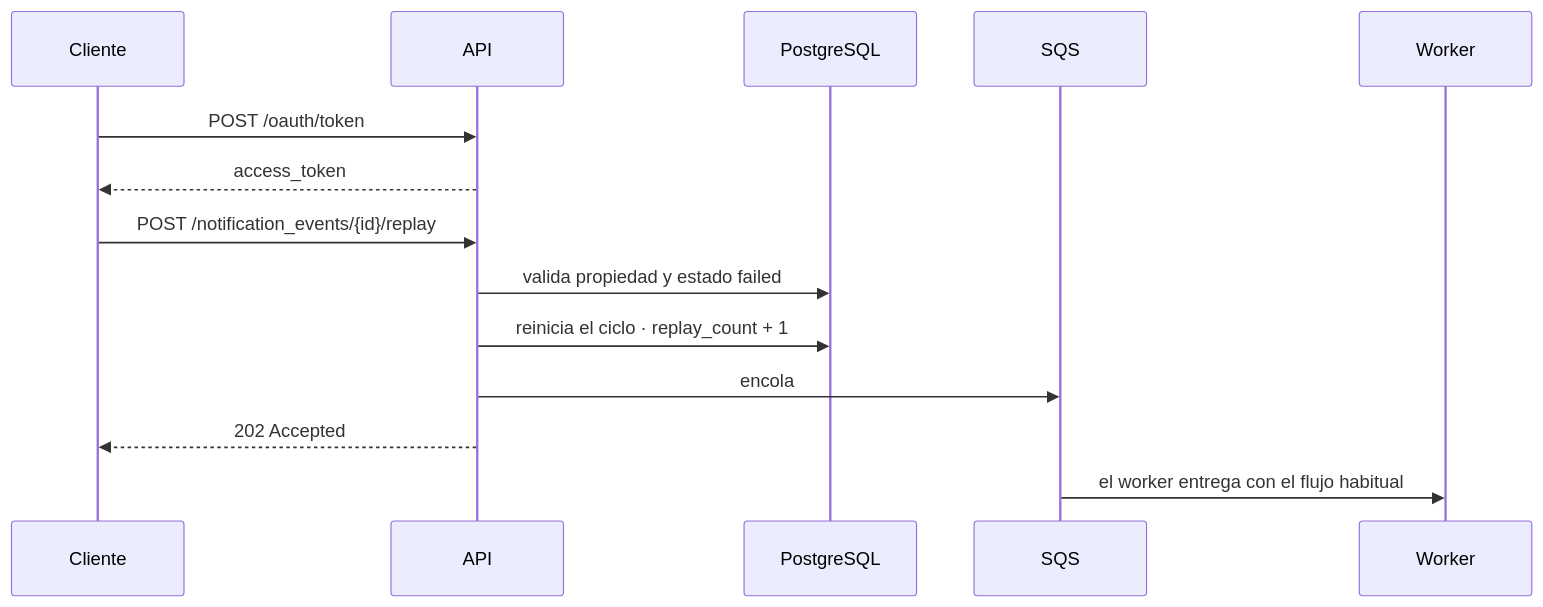
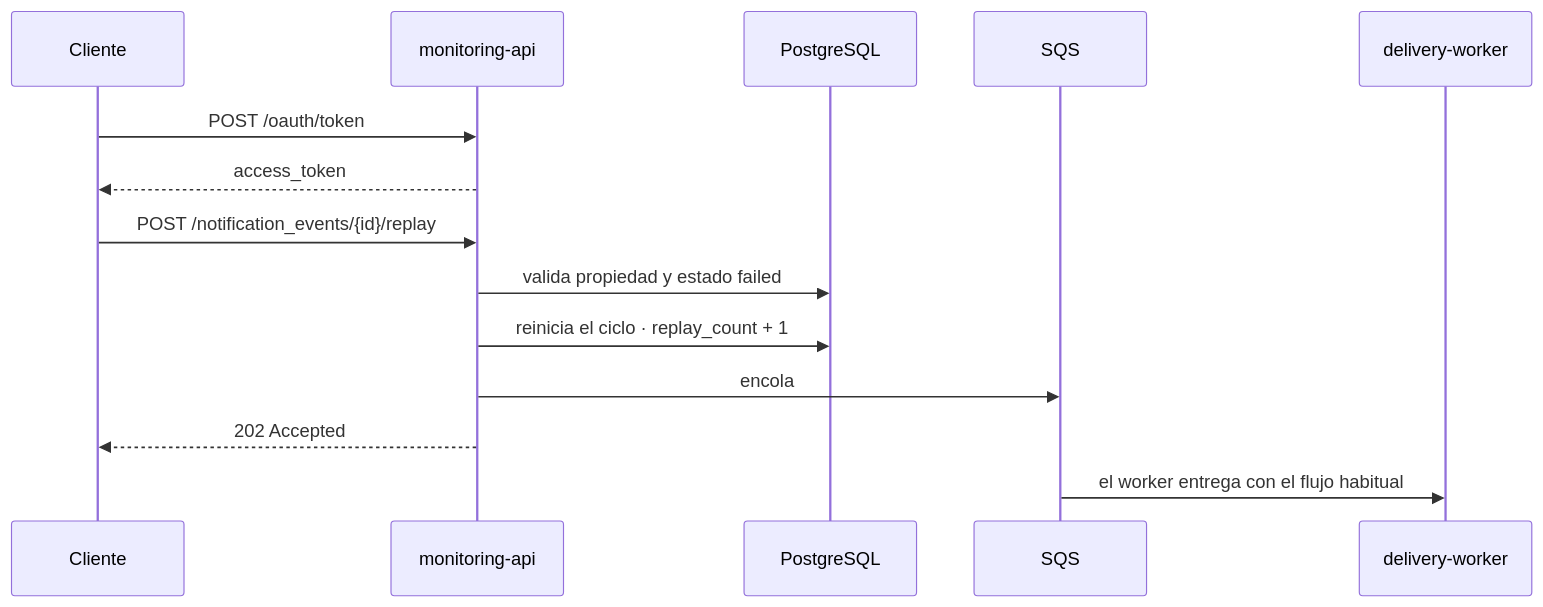
Before and after one commit to ssalaza7/cobre-notification-delivery: the fifth of 5 diagrams in README.md, drawn with Mermaid. The commit also changed other lines of this file and 3 other files, not shown here.

First line of the commit message:
docs: actualiza diagramas y referencias a la estructura de tres ejecutables

````diff
--- a/README.md
+++ b/README.md
@@ -192,17 +214,17 @@
 ```mermaid
 sequenceDiagram
     participant U as Cliente
-    participant API
+    participant API as monitoring-api
     participant DB as PostgreSQL
     participant Q as SQS
-    participant W as Worker
+    participant W as delivery-worker
 
     U->>API: POST /oauth/token
     API-->>U: access_token
     U->>API: POST /notification_events/{id}/replay
     API->>DB: valida propiedad y estado failed
     API->>DB: reinicia el ciclo · replay_count + 1
     API->>Q: encola
     API-->>U: 202 Accepted
     Q->>W: el worker entrega con el flujo habitual
 ```
````
